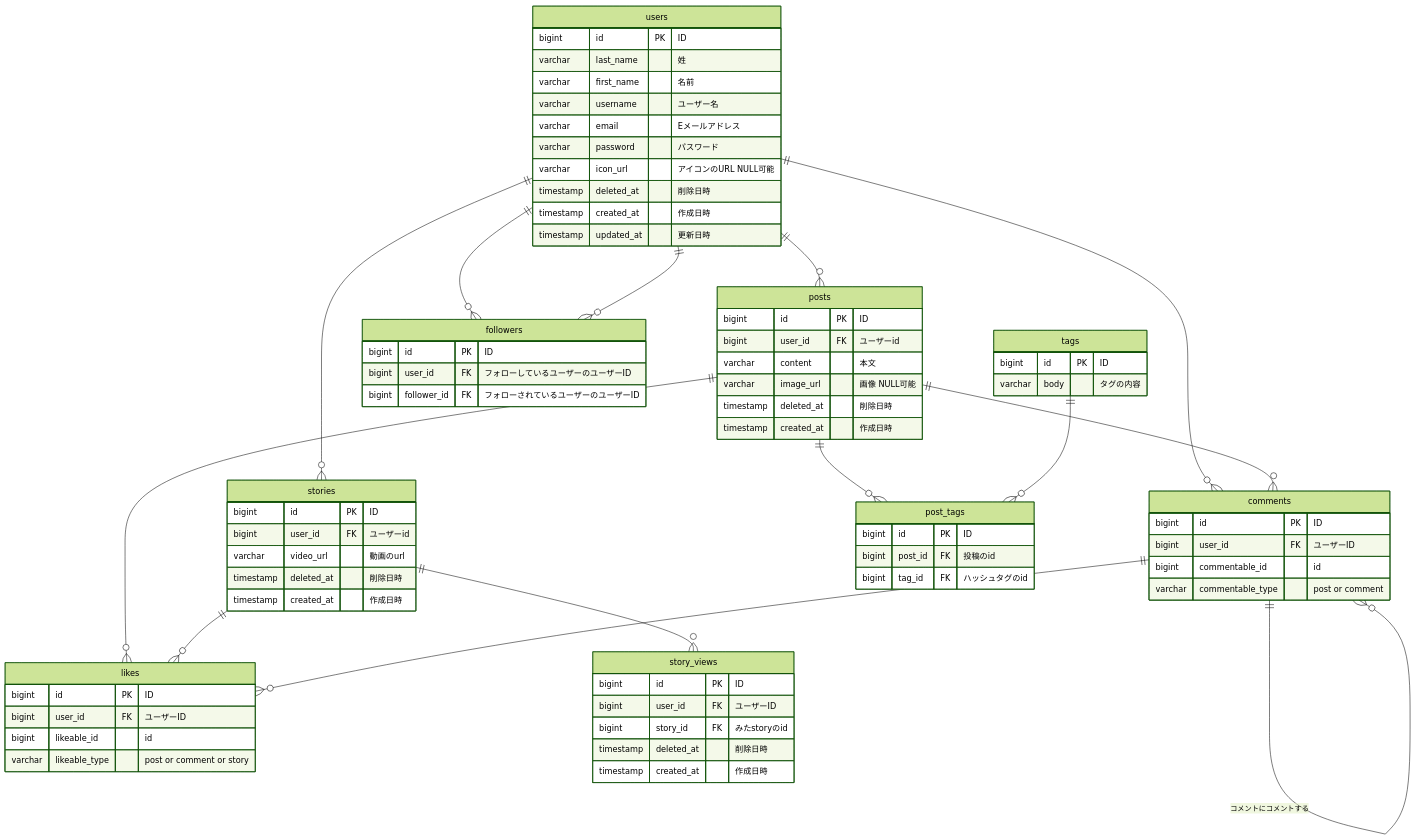
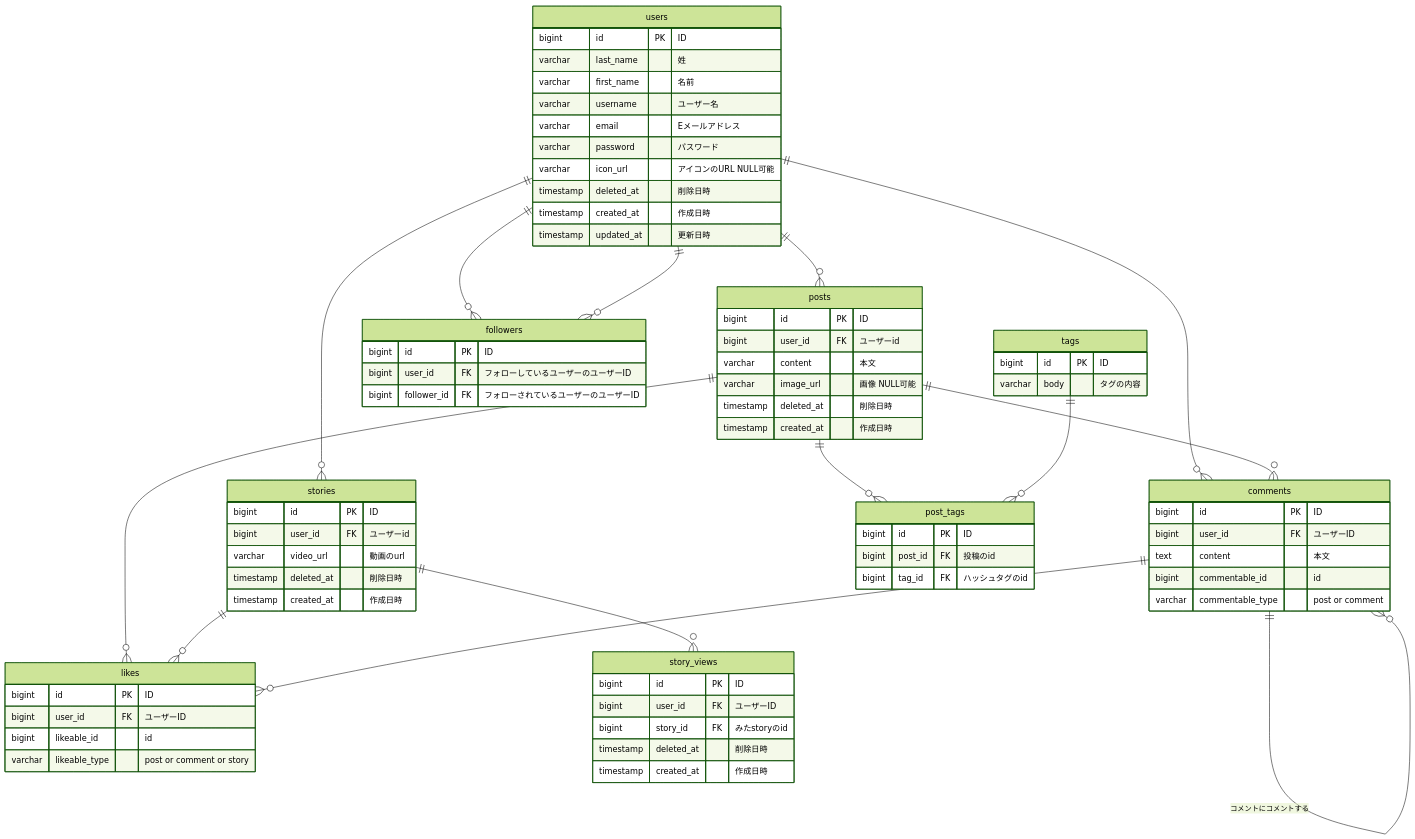
One commit to StoryEdutech/study_repo changed the diagram in kinoshita/practice-erd/instagram/ER図.md. Above: the diagram before and after it, drawn with Mermaid (forest theme). The commit also changed 2 other files, not shown here.

Commit message:
CommentのContentが漏れてたので追加

```diff
--- a/kinoshita/practice-erd/instagram/ER図.md
+++ b/kinoshita/practice-erd/instagram/ER図.md
@@ -61,6 +61,7 @@
     comments {
       bigint id PK "ID"
       bigint user_id FK "ユーザーID"
+      text content "本文"
       bigint commentable_id "id"
       varchar commentable_type "post or comment"
     }
```
